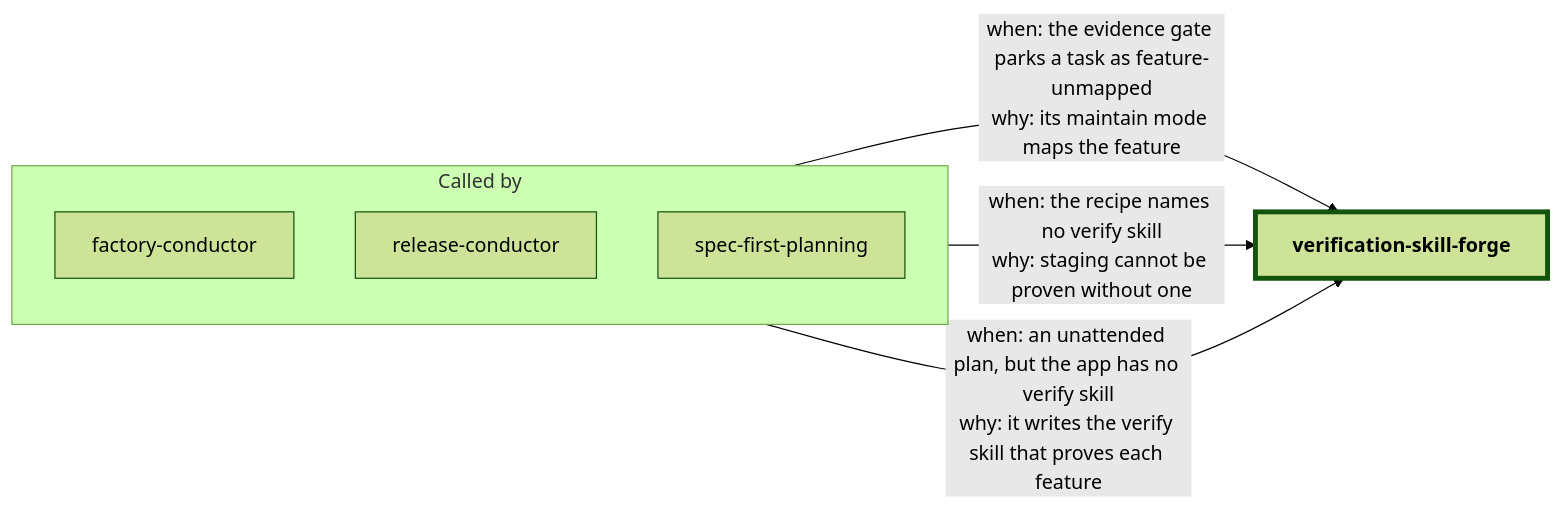
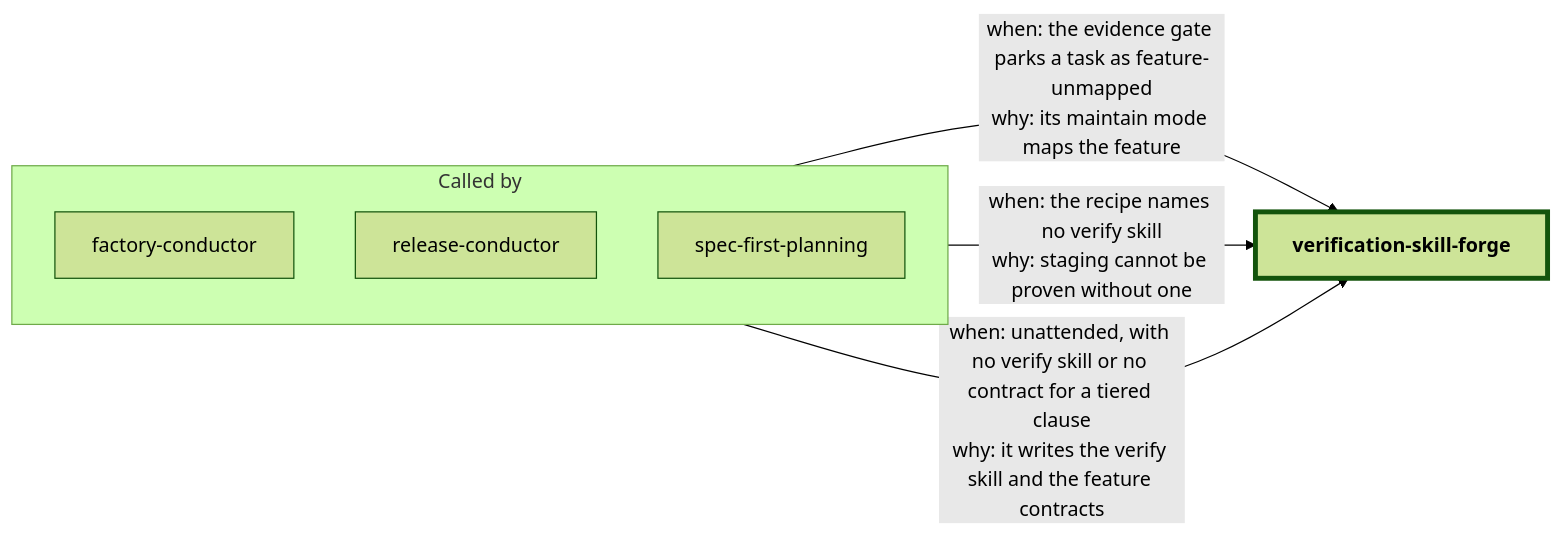
One commit to dhanesh/agent-skills changed the diagram in verification-skill-forge/README.md. Above: the diagram before and after it, drawn with Mermaid (forest theme). The commit also changed other lines of this file and 1 other file, not shown here.

First line of the commit message:
docs(verification-skill-forge): a Proof tiers section in SKILL.md (1.1.1)

````diff
--- a/verification-skill-forge/README.md
+++ b/verification-skill-forge/README.md
@@ -38,15 +47,15 @@
 ```mermaid
 flowchart LR
   subgraph callers["Called by"]
     direction TB
     in_factory_conductor["factory-conductor"]
     in_release_conductor["release-conductor"]
     in_spec_first_planning["spec-first-planning"]
   end
   self_verification_skill_forge["verification-skill-forge"]
   in_factory_conductor -->|"when: the evidence gate parks a task as feature-unmapped<br/>why: its maintain mode maps the feature"| self_verification_skill_forge
   in_release_conductor -->|"when: the recipe names no verify skill<br/>why: staging cannot be proven without one"| self_verification_skill_forge
-  in_spec_first_planning -->|"when: an unattended plan, but the app has no verify skill<br/>why: it writes the verify skill that proves each feature"| self_verification_skill_forge
+  in_spec_first_planning -->|"when: unattended, with no verify skill or no contract for a tiered clause<br/>why: it writes the verify skill and the feature contracts"| self_verification_skill_forge
   classDef self stroke-width:4px,font-weight:bold
   class self_verification_skill_forge self
 ```
````
